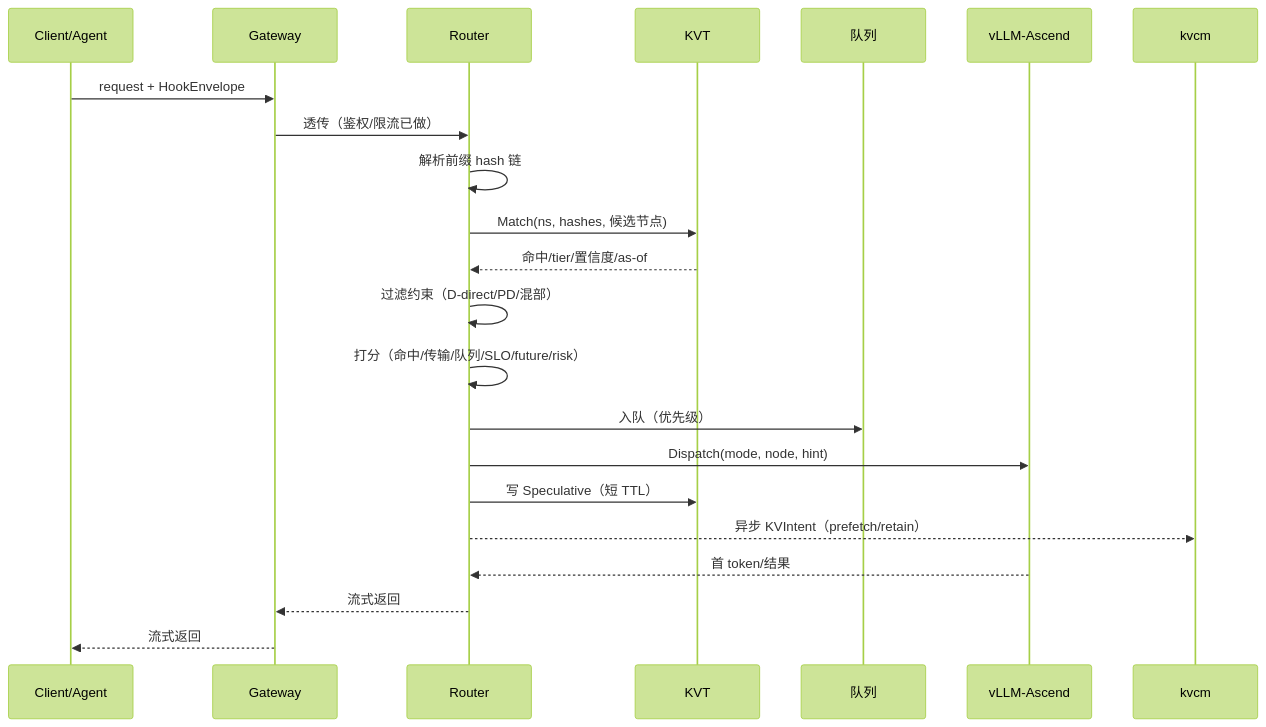
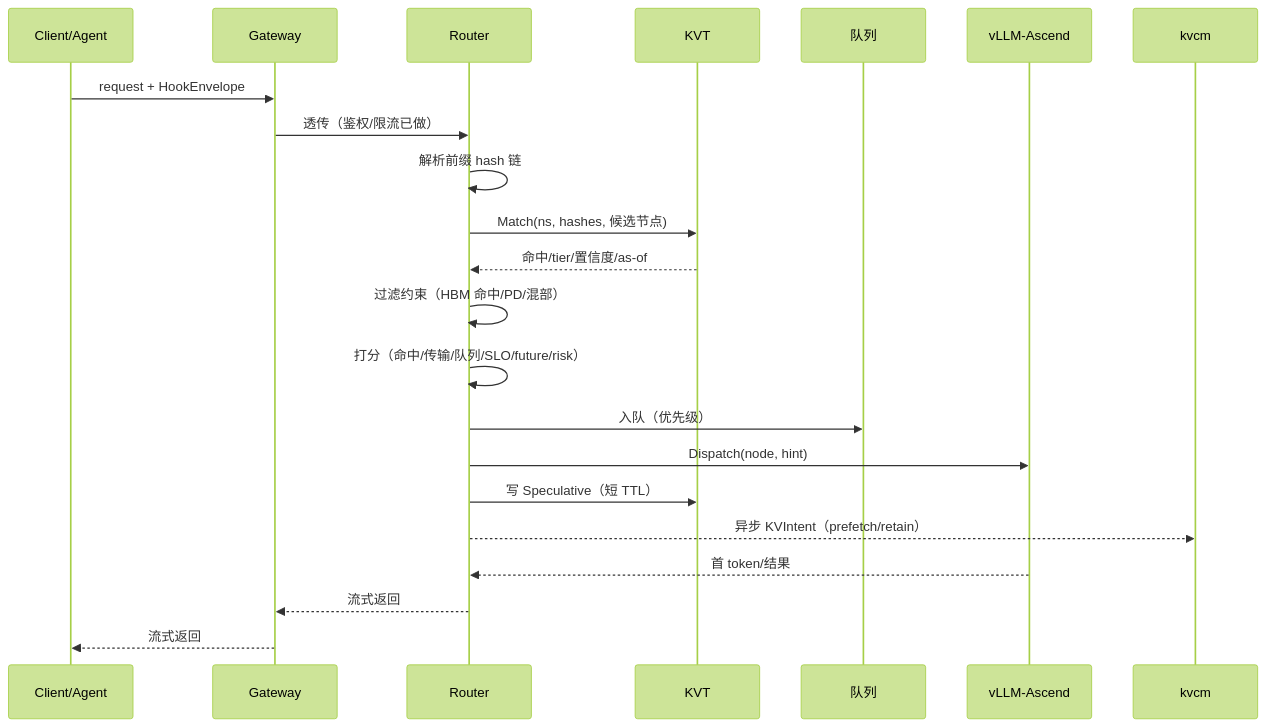
Before and after one commit to 5x8-40/lake: the first of 10 diagrams in kvcm/design/flows/scheduling.md, drawn with Mermaid (forest theme). The commit also changed other lines of this file and 3 other files, not shown here.

````diff
--- a/kvcm/design/flows/scheduling.md
+++ b/kvcm/design/flows/scheduling.md
@@ -13,25 +13,25 @@
 ```mermaid
 sequenceDiagram
     participant C as Client/Agent
     participant G as Gateway
     participant R as Router
     participant KVT as KVT
     participant Q as 队列
     participant W as vLLM-Ascend
     participant K as kvcm
 
     C->>G: request + HookEnvelope
     G->>R: 透传（鉴权/限流已做）
     R->>R: 解析前缀 hash 链
     R->>KVT: Match(ns, hashes, 候选节点)
     KVT-->>R: 命中/tier/置信度/as-of
-    R->>R: 过滤约束（D-direct/PD/混部）
+    R->>R: 过滤约束（HBM 命中/PD/混部）
     R->>R: 打分（命中/传输/队列/SLO/future/risk）
     R->>Q: 入队（优先级）
-    R->>W: Dispatch(mode, node, hint)
+    R->>W: Dispatch(node, hint)
     R->>KVT: 写 Speculative（短 TTL）
     R-->>K: 异步 KVIntent（prefetch/retain）
     W-->>R: 首 token/结果
     R-->>G: 流式返回
     G-->>C: 流式返回
 ```
````
